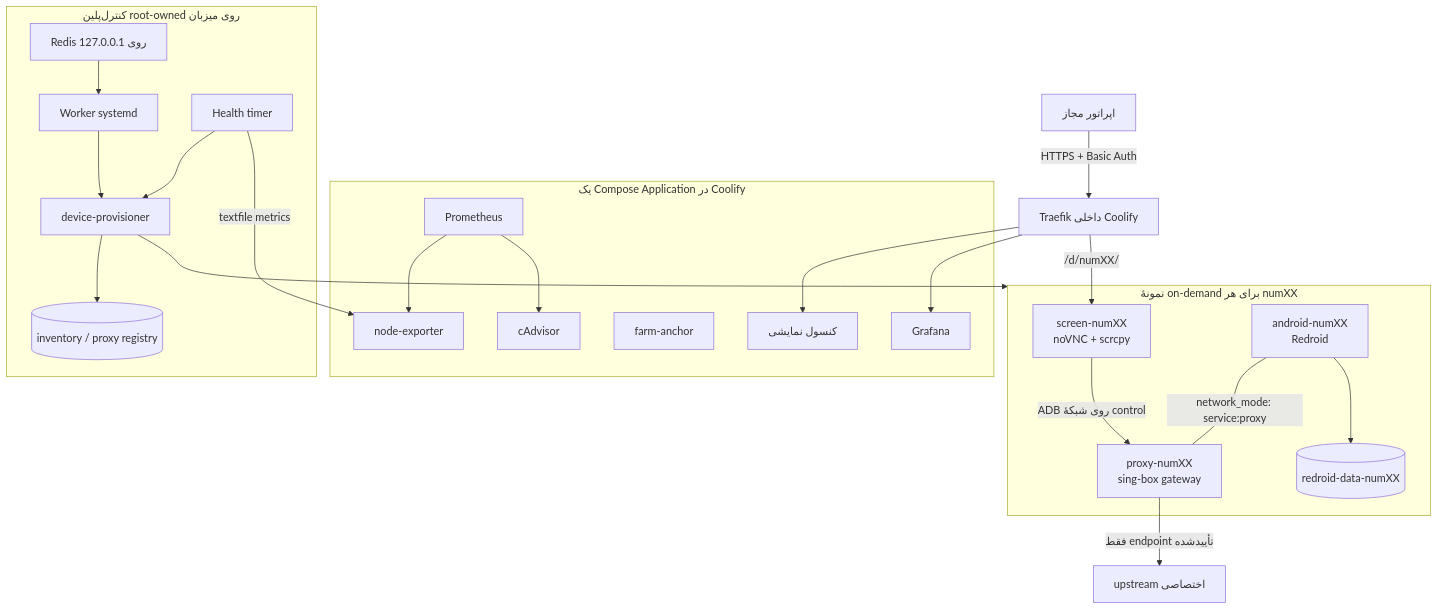
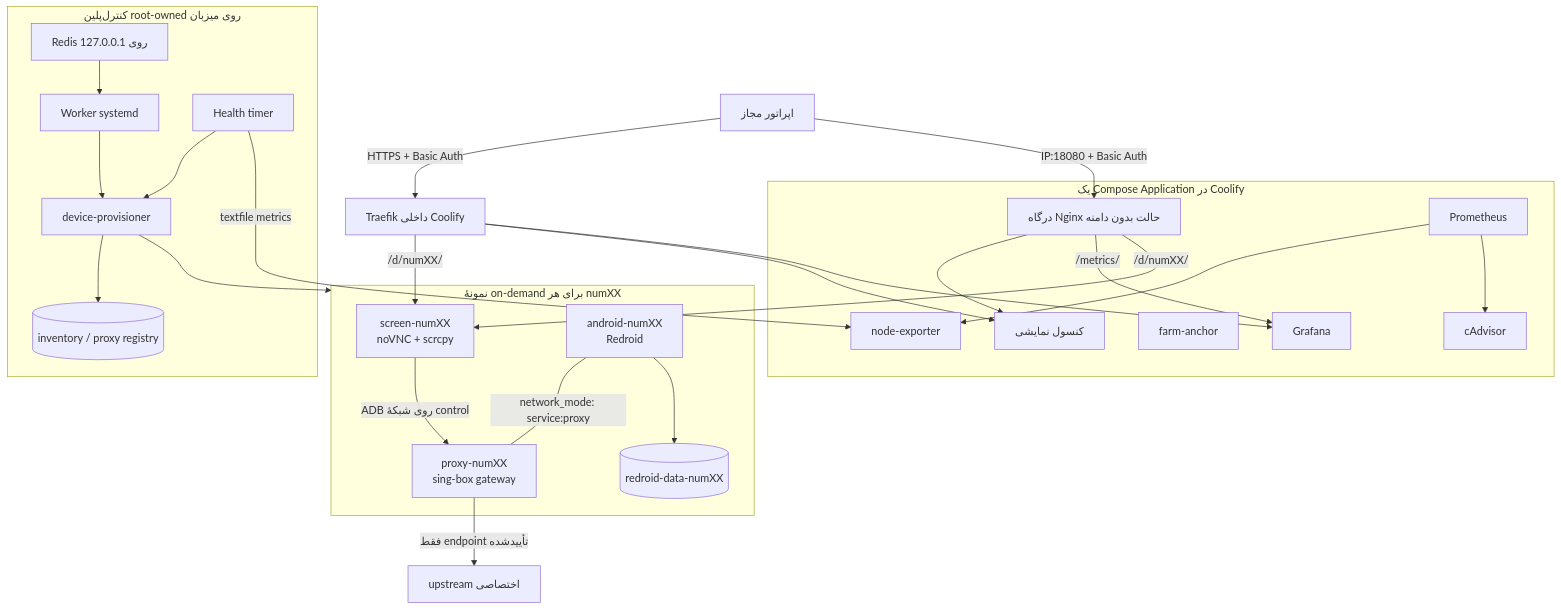
The diagram in docs/GUIDE.fa.md (mjpouladi/AndroidFarm), drawn with Mermaid before and after one commit. The commit also changed other lines of this file and 20 other files, not shown here.

````diff
--- a/docs/GUIDE.fa.md
+++ b/docs/GUIDE.fa.md
@@ -28,43 +43,48 @@
 ```mermaid
 flowchart TB
   U[اپراتور مجاز] -->|HTTPS + Basic Auth| T[Traefik داخلی Coolify]
+  U -->|IP:18080 + Basic Auth| GW[درگاه Nginx حالت بدون دامنه]
   T --> C[کنسول نمایشی]
   T --> G[Grafana]
   T -->|/d/numXX/| S[screen-numXX\nnoVNC + scrcpy]
+  GW --> C
+  GW -->|/metrics/| G
+  GW -->|/d/numXX/| S
 
   subgraph Core[یک Compose Application در Coolify]
     A[farm-anchor]
     C
     G
+    GW
     P[Prometheus]
     N[node-exporter]
     D[cAdvisor]
     P --> N
     P --> D
   end
 
   subgraph Host[کنترل‌پلین root-owned روی میزبان]
     CLI[device-provisioner]
     Q[Redis روی 127.0.0.1]
     W[Worker systemd]
     H[Health timer]
     I[(inventory / proxy registry)]
     Q --> W --> CLI
     H --> CLI
     CLI --> I
   end
 
   subgraph Device[نمونهٔ on-demand برای هر numXX]
     X[proxy-numXX\nsing-box gateway]
     R[android-numXX\nRedroid]
     S
     V[(redroid-data-numXX)]
     R ---|network_mode: service:proxy| X
     R --> V
     S -->|ADB روی شبکهٔ control| X
   end
 
   CLI --> Device
   X -->|فقط endpoint تأییدشده| UP[upstream اختصاصی]
   H -->|textfile metrics| N
 ```
````
